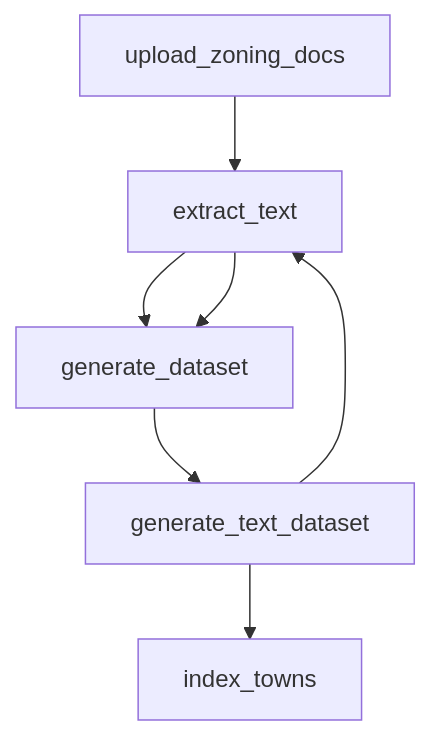
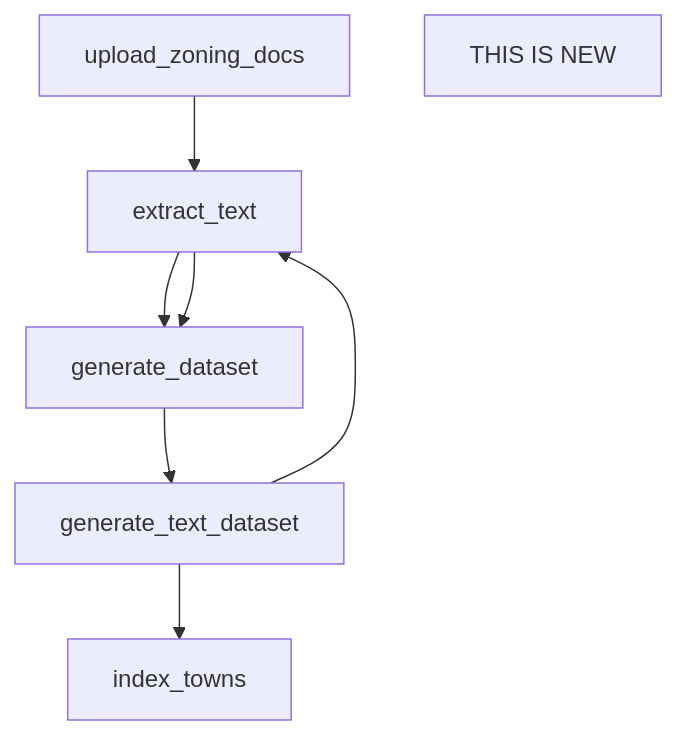
The diagram in output.mmd (Sarang-Pramode/AEC-Tech-RhinoPage), drawn with Mermaid before and after one commit.

Commit message:
Auto-commit: 2023-11-04 16:50:06

```diff
--- a/output.mmd
+++ b/output.mmd
@@ -1,12 +1,13 @@
 flowchart TD
 	node1["extract_text"]
 	node2["generate_dataset"]
 	node3["generate_text_dataset"]
 	node4["index_towns"]
 	node5["upload_zoning_docs"]
 	node1-->node2
 	node2-->node3
 	node3-->node4
 	node5-->node1
 	node1-->node2
 	node3-->node1
+	node7["THIS IS NEW"]
```
